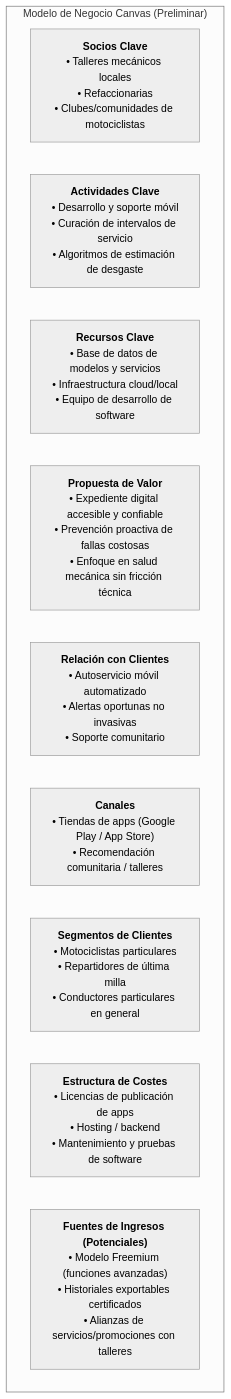
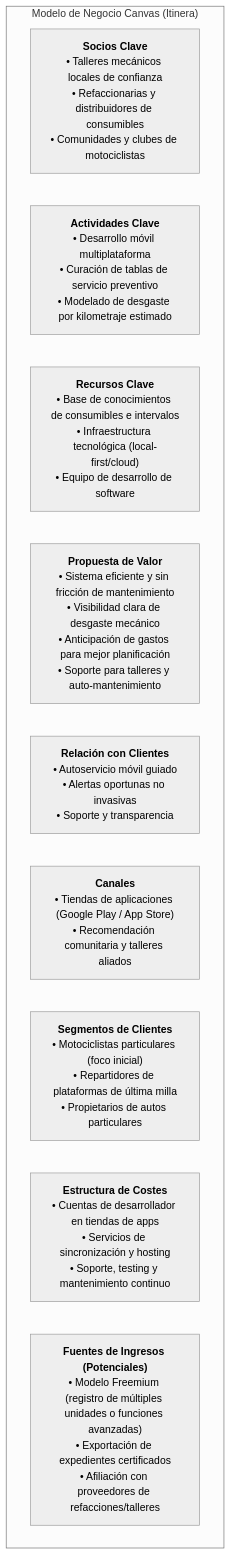
The diagram in .routing/academic/SPECIFICATION.md (OGShawnLee/Itinera), drawn with Mermaid (neutral theme) before and after one commit. The commit also changed other lines of this file and 3 other files, not shown here.

````diff
--- a/.routing/academic/SPECIFICATION.md
+++ b/.routing/academic/SPECIFICATION.md
@@ -73,15 +83,15 @@
 ```mermaid
 flowchart TD
-    subgraph Negocio["Modelo de Negocio Canvas (Preliminar)"]
+    subgraph Negocio["Modelo de Negocio Canvas (Itinera)"]
         direction LR
-        Socios["<b>Socios Clave</b><br/>• Talleres mecánicos locales<br/>• Refaccionarias<br/>• Clubes/comunidades de motociclistas"]
-        Actividades["<b>Actividades Clave</b><br/>• Desarrollo y soporte móvil<br/>• Curación de intervalos de servicio<br/>• Algoritmos de estimación de desgaste"]
-        Recursos["<b>Recursos Clave</b><br/>• Base de datos de modelos y servicios<br/>• Infraestructura cloud/local<br/>• Equipo de desarrollo de software"]
-        Propuesta["<b>Propuesta de Valor</b><br/>• Expediente digital accesible y confiable<br/>• Prevención proactiva de fallas costosas<br/>• Enfoque en salud mecánica sin fricción técnica"]
-        Relacion["<b>Relación con Clientes</b><br/>• Autoservicio móvil automatizado<br/>• Alertas oportunas no invasivas<br/>• Soporte comunitario"]
-        Canales["<b>Canales</b><br/>• Tiendas de apps (Google Play / App Store)<br/>• Recomendación comunitaria / talleres"]
-        Segmentos["<b>Segmentos de Clientes</b><br/>• Motociclistas particulares<br/>• Repartidores de última milla<br/>• Conductores particulares en general"]
-        Costos["<b>Estructura de Costes</b><br/>• Licencias de publicación de apps<br/>• Hosting / backend<br/>• Mantenimiento y pruebas de software"]
-        Ingresos["<b>Fuentes de Ingresos (Potenciales)</b><br/>• Modelo Freemium (funciones avanzadas)<br/>• Historiales exportables certificados<br/>• Alianzas de servicios/promociones con talleres"]
+        Socios["<b>Socios Clave</b><br/>• Talleres mecánicos locales de confianza<br/>• Refaccionarias y distribuidores de consumibles<br/>• Comunidades y clubes de motociclistas"]
+        Actividades["<b>Actividades Clave</b><br/>• Desarrollo móvil multiplataforma<br/>• Curación de tablas de servicio preventivo<br/>• Modelado de desgaste por kilometraje estimado"]
+        Recursos["<b>Recursos Clave</b><br/>• Base de conocimientos de consumibles e intervalos<br/>• Infraestructura tecnológica (local-first/cloud)<br/>• Equipo de desarrollo de software"]
+        Propuesta["<b>Propuesta de Valor</b><br/>• Sistema eficiente y sin fricción de mantenimiento<br/>• Visibilidad clara de desgaste mecánico<br/>• Anticipación de gastos para mejor planificación<br/>• Soporte para talleres y auto-mantenimiento"]
+        Relacion["<b>Relación con Clientes</b><br/>• Autoservicio móvil guiado<br/>• Alertas oportunas no invasivas<br/>• Soporte y transparencia"]
+        Canales["<b>Canales</b><br/>• Tiendas de aplicaciones (Google Play / App Store)<br/>• Recomendación comunitaria y talleres aliados"]
+        Segmentos["<b>Segmentos de Clientes</b><br/>• Motociclistas particulares (foco inicial)<br/>• Repartidores de plataformas de última milla<br/>• Propietarios de autos particulares"]
+        Costos["<b>Estructura de Costes</b><br/>• Cuentas de desarrollador en tiendas de apps<br/>• Servicios de sincronización y hosting<br/>• Soporte, testing y mantenimiento continuo"]
+        Ingresos["<b>Fuentes de Ingresos (Potenciales)</b><br/>• Modelo Freemium (registro de múltiples unidades o funciones avanzadas)<br/>• Exportación de expedientes certificados<br/>• Afiliación con proveedores de refacciones/talleres"]
     end
 ```
````
